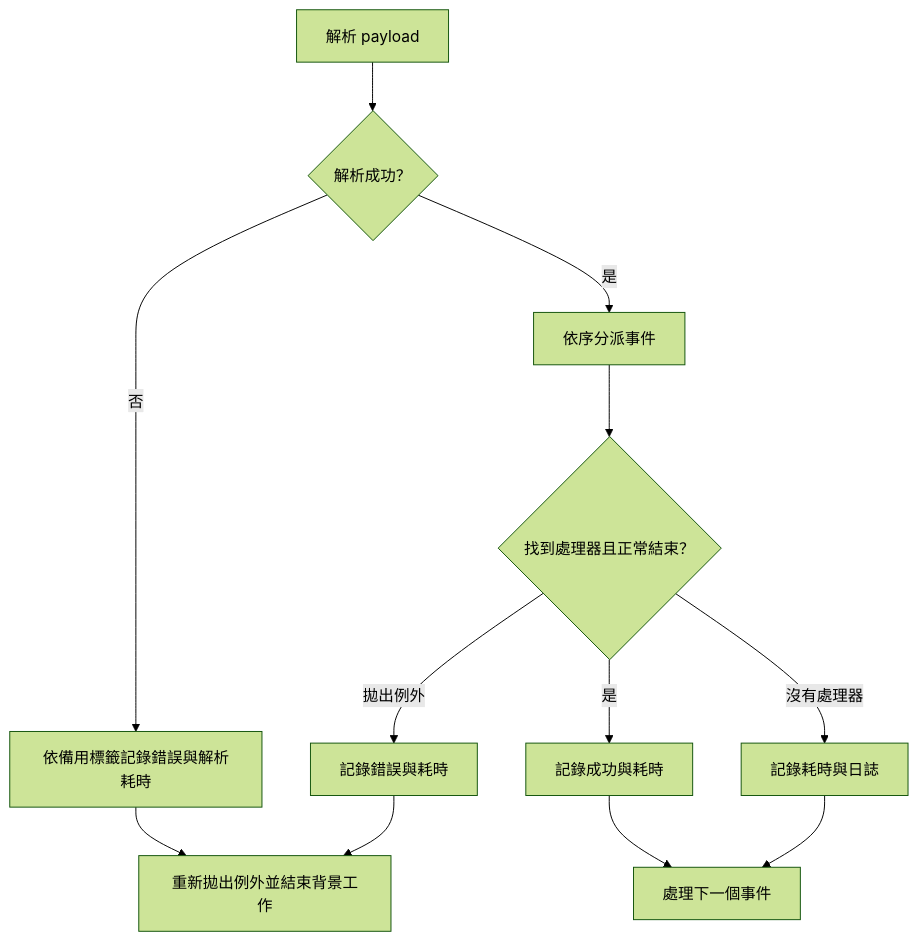
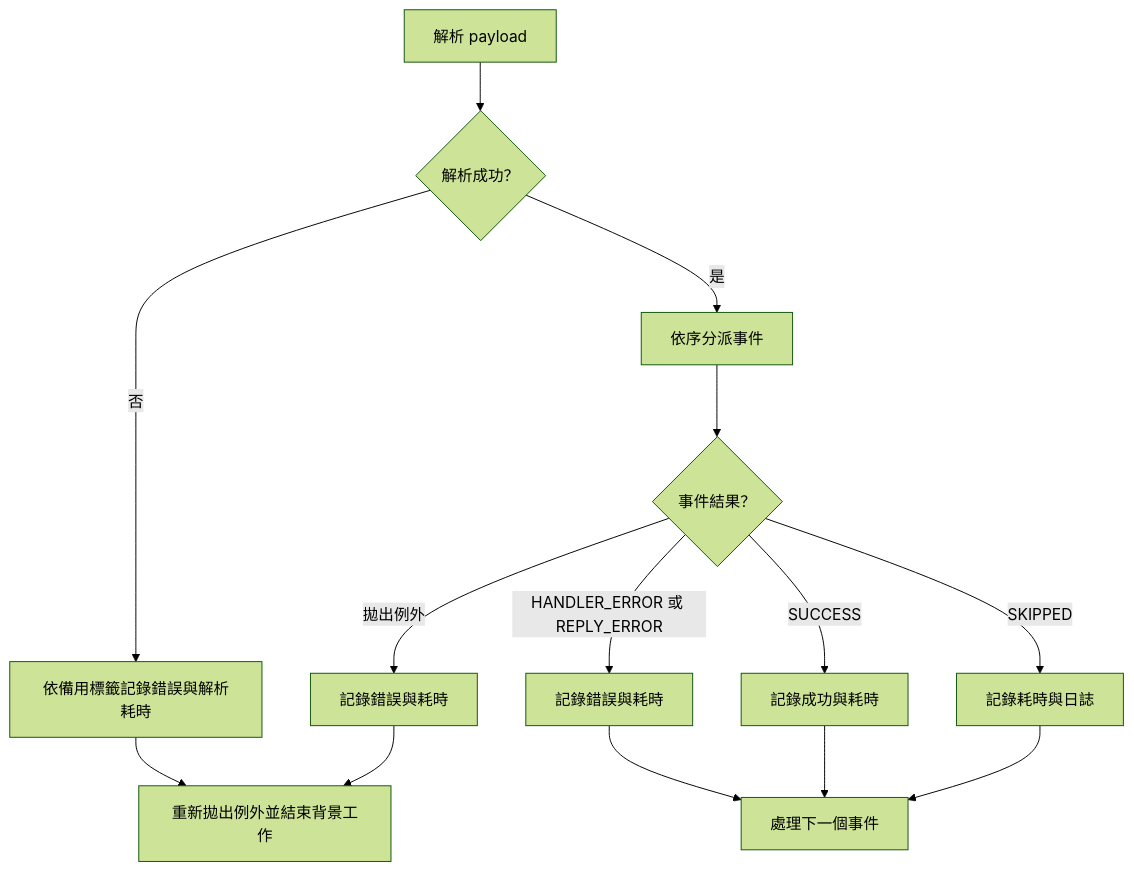
The third of 3 diagrams in docs/wiki/line_bot/line_bot_webhook.md (kyomind/WeaMind), drawn with Mermaid (forest theme) before and after one commit. The commit also changed other lines of this file and 2 other files, not shown here.

````diff
--- a/docs/wiki/line_bot/line_bot_webhook.md
+++ b/docs/wiki/line_bot/line_bot_webhook.md
@@ -101,14 +101,16 @@
 ```mermaid
 flowchart TD
     A["解析 payload"] --> B{"解析成功？"}
     B -->|否| C["依備用標籤記錄錯誤與解析耗時"]
     C --> D["重新拋出例外並結束背景工作"]
     B -->|是| E["依序分派事件"]
-    E --> F{"找到處理器且正常結束？"}
-    F -->|是| G["記錄成功與耗時"]
-    F -->|沒有處理器| H["記錄耗時與日誌"]
+    E --> F{"事件結果？"}
+    F -->|SUCCESS| G["記錄成功與耗時"]
+    F -->|SKIPPED| H["記錄耗時與日誌"]
+    F -->|HANDLER_ERROR 或 REPLY_ERROR| K["記錄錯誤與耗時"]
+    K --> J
     F -->|拋出例外| I["記錄錯誤與耗時"]
     I --> D
     G --> J["處理下一個事件"]
     H --> J
 ```
````
